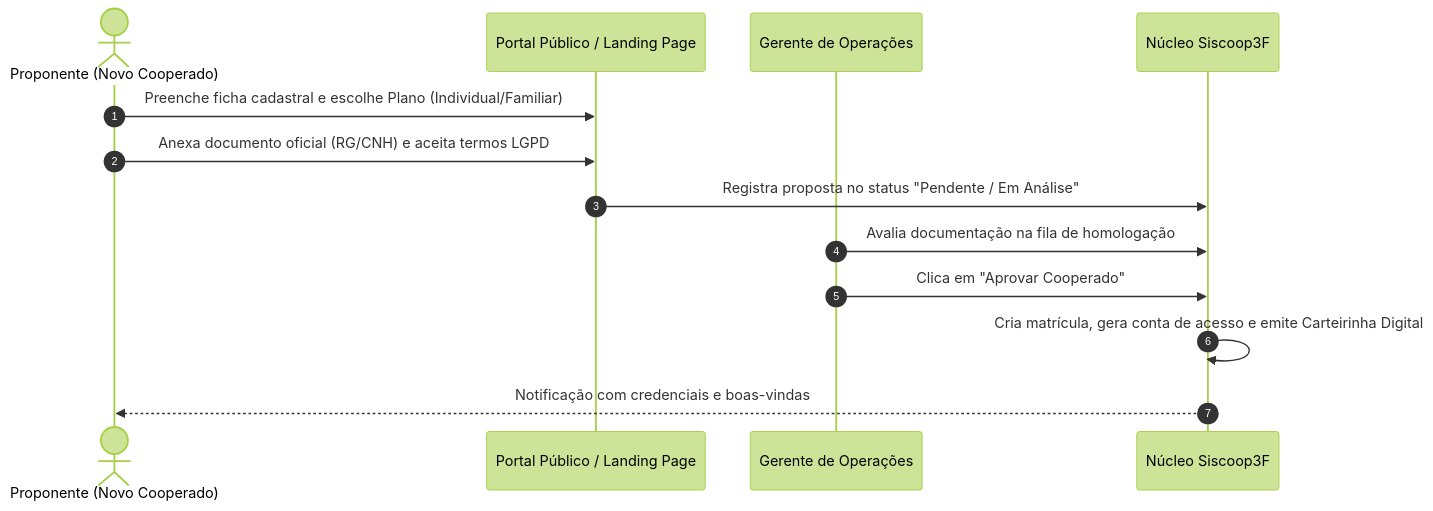
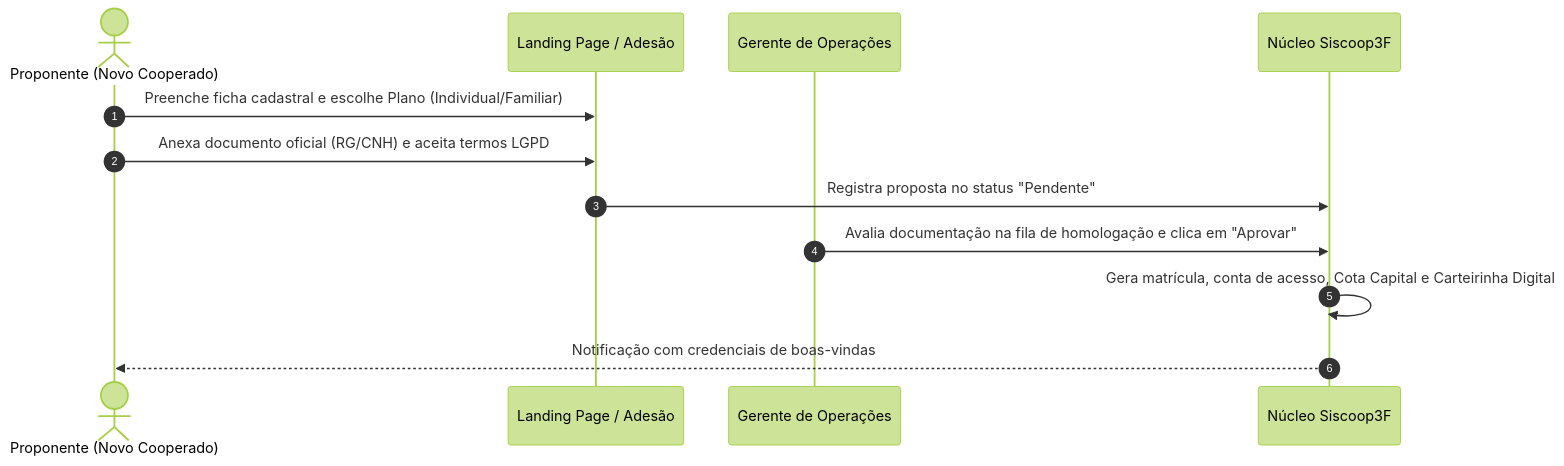
One commit to gersoncorreia/siscoop3f changed the second of 3 diagrams in documentos/ROTEIRO_APRESENTACAO_CBSAUDE.md. Above: the diagram before and after it, drawn with Mermaid (forest theme). The commit also changed other lines of this file and 317 other files, not shown here.

````diff
--- a/documentos/ROTEIRO_APRESENTACAO_CBSAUDE.md
+++ b/documentos/ROTEIRO_APRESENTACAO_CBSAUDE.md
@@ -106,16 +97,15 @@
 ```mermaid
 sequenceDiagram
     autonumber
     actor Candidato as Proponente (Novo Cooperado)
-    participant Portal as Portal Público / Landing Page
+    participant Portal as Landing Page / Adesão
     participant Gerente as Gerente de Operações
     participant Sistema as Núcleo Siscoop3F
 
     Candidato->>Portal: Preenche ficha cadastral e escolhe Plano (Individual/Familiar)
     Candidato->>Portal: Anexa documento oficial (RG/CNH) e aceita termos LGPD
-    Portal->>Sistema: Registra proposta no status "Pendente / Em Análise"
-    Gerente->>Sistema: Avalia documentação na fila de homologação
-    Gerente->>Sistema: Clica em "Aprovar Cooperado"
-    Sistema->>Sistema: Cria matrícula, gera conta de acesso e emite Carteirinha Digital
-    Sistema-->>Candidato: Notificação com credenciais e boas-vindas
+    Portal->>Sistema: Registra proposta no status "Pendente"
+    Gerente->>Sistema: Avalia documentação na fila de homologação e clica em "Aprovar"
+    Sistema->>Sistema: Gera matrícula, conta de acesso, Cota Capital e Carteirinha Digital
+    Sistema-->>Candidato: Notificação com credenciais de boas-vindas
 ```
````
